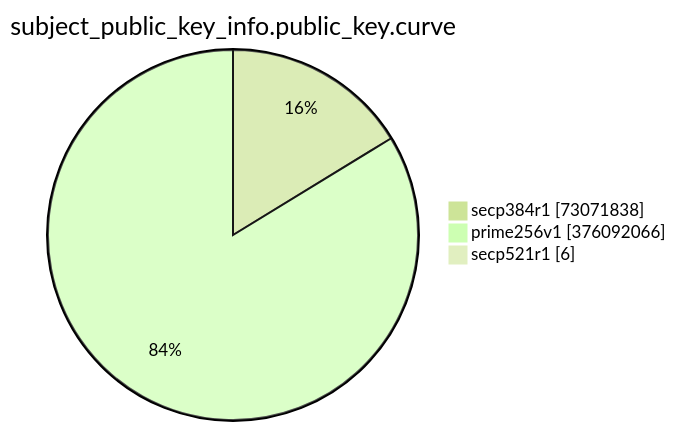
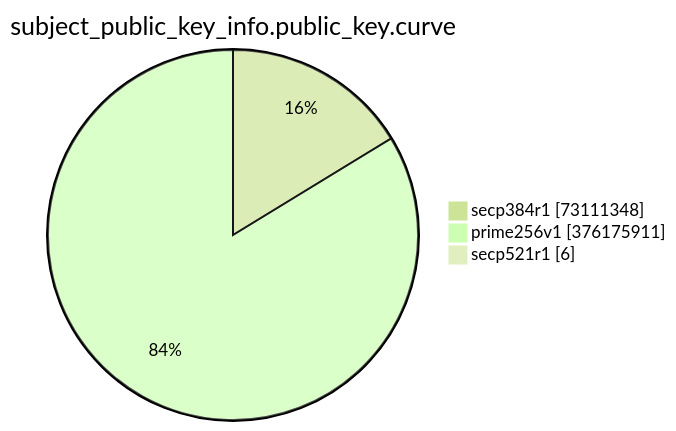
Before and after one commit to christiankrug/ctmonitor_visualization: the eighth of 15 diagrams in TOTAL/README.md, drawn with Mermaid (forest theme). The commit also changed other lines of this file, not shown here.

````diff
--- a/TOTAL/README.md
+++ b/TOTAL/README.md
@@ -3094,7 +3094,7 @@
 ```mermaid
 pie showData
 title subject_public_key_info.public_key.curve
-"secp384r1" :73071838
-"prime256v1" :376092066
+"secp384r1" :73111348
+"prime256v1" :376175911
 "secp521r1" :6
 ```
````
